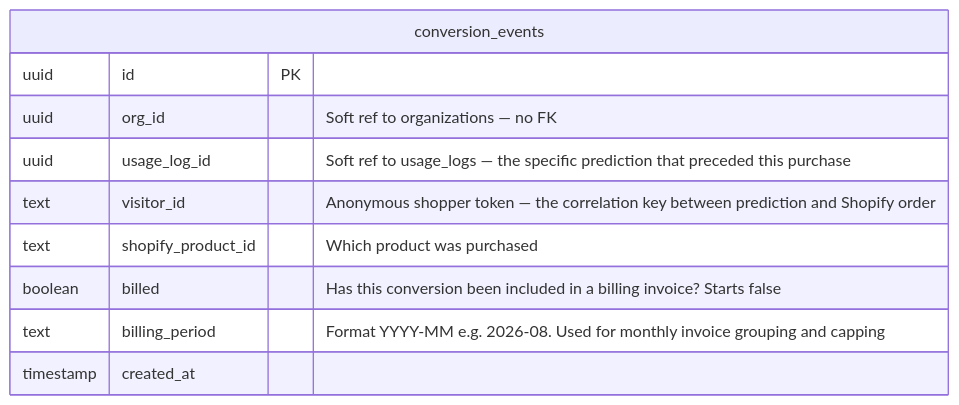
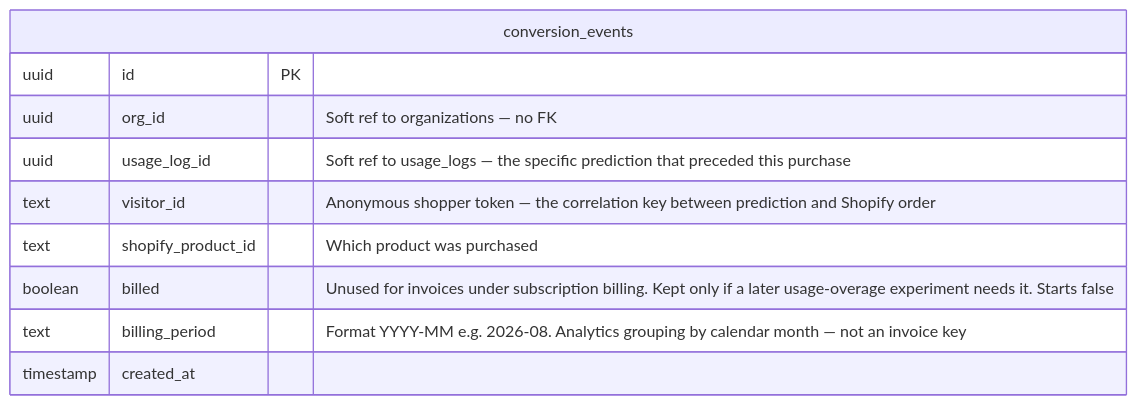
Before and after one commit to Planicle-labs/Snug: the eighth of 11 diagrams in docs/schema-uml.md, drawn with Mermaid. The commit also changed other lines of this file, not shown here.

Commit message:
docs: changed org schema

````diff
--- a/docs/schema-uml.md
+++ b/docs/schema-uml.md
@@ -357,13 +364,13 @@
 ```mermaid
 erDiagram
   conversion_events {
     uuid id PK
     uuid org_id "Soft ref to organizations — no FK"
     uuid usage_log_id "Soft ref to usage_logs — the specific prediction that preceded this purchase"
     text visitor_id "Anonymous shopper token — the correlation key between prediction and Shopify order"
     text shopify_product_id "Which product was purchased"
-    boolean billed "Has this conversion been included in a billing invoice? Starts false"
-    text billing_period "Format YYYY-MM e.g. 2026-08. Used for monthly invoice grouping and capping"
+    boolean billed "Unused for invoices under subscription billing. Kept only if a later usage-overage experiment needs it. Starts false"
+    text billing_period "Format YYYY-MM e.g. 2026-08. Analytics grouping by calendar month — not an invoice key"
     timestamp created_at
   }
 ```
````
